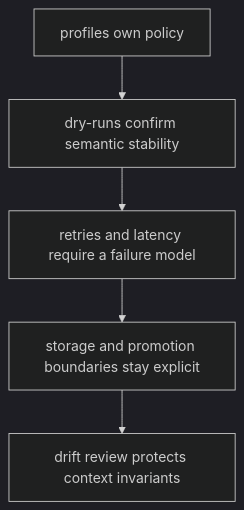
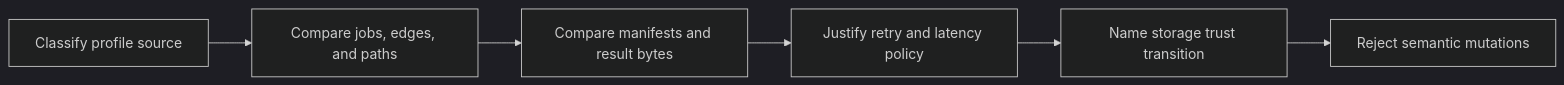
Before and after one commit to bijux/bijux-masterclass: the first of 2 diagrams in programs/reproducible-research/deep-dive-snakemake/course-book/module-08-operating-contexts-execution-policy/index.md, drawn with Mermaid (dark theme). The commit also changed other lines of this file, not shown here.

Commit message:
docs(snakemake): orient context study around evidence

````diff
--- a/programs/reproducible-research/deep-dive-snakemake/course-book/module-08-operating-contexts-execution-policy/index.md
+++ b/programs/reproducible-research/deep-dive-snakemake/course-book/module-08-operating-contexts-execution-policy/index.md
@@ -26,7 +44,11 @@
 ```mermaid
-flowchart TD
-  profiles["profiles own policy"] --> plans["dry-runs confirm semantic stability"]
-  plans --> failure["retries and latency require a failure model"]
-  failure --> storage["storage and promotion boundaries stay explicit"]
-  storage --> review["drift review protects context invariants"]
+flowchart LR
+  source["Classify profile source"]
+  plan["Compare jobs, edges, and paths"]
+  artifact["Compare manifests and result bytes"]
+  failure["Justify retry and latency policy"]
+  storage["Name storage trust transition"]
+  reject["Reject semantic mutations"]
+
+  source --> plan --> artifact --> failure --> storage --> reject
 ```
````
